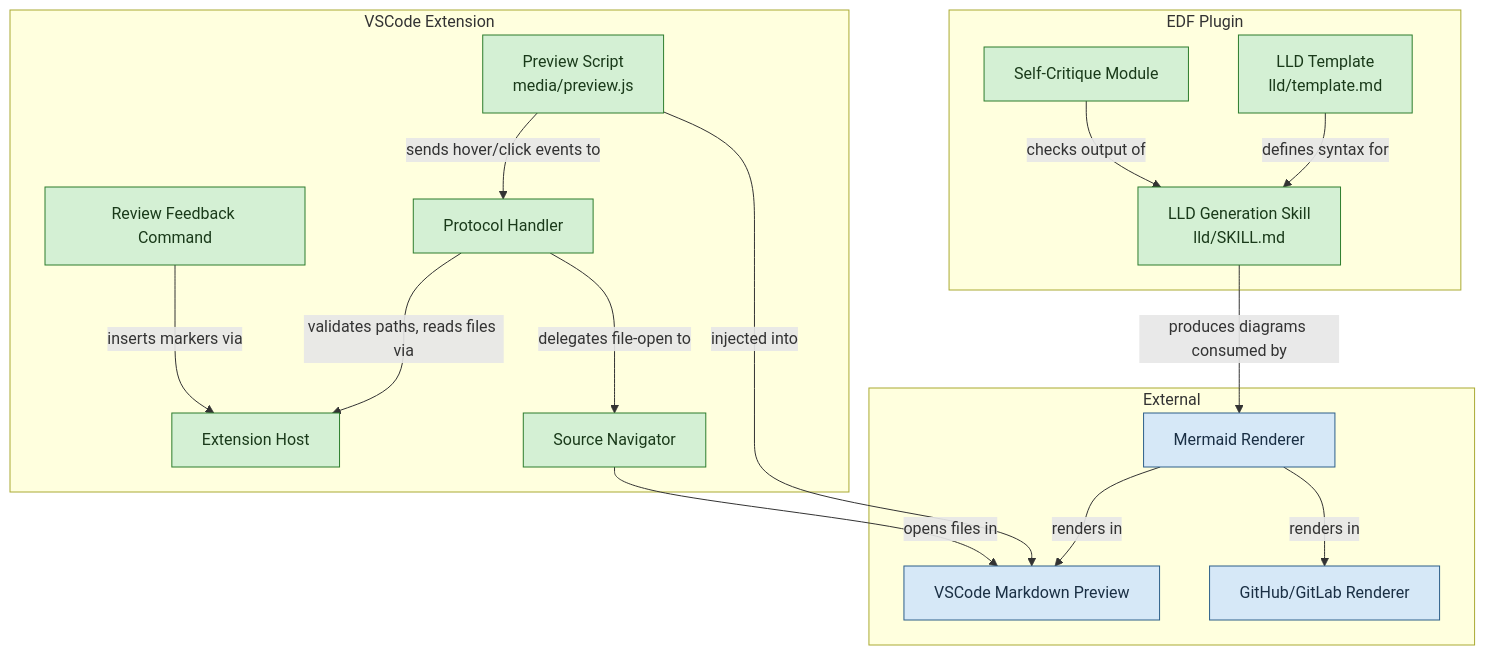
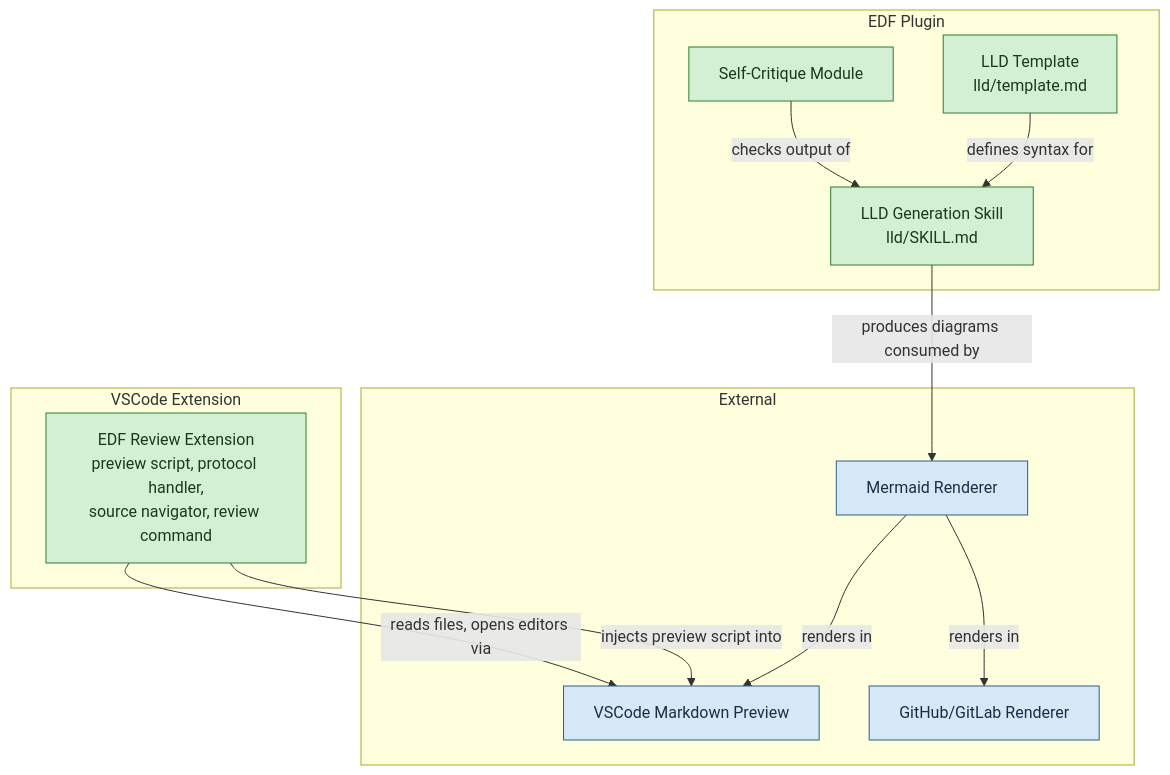
One commit to mironyx/engineering-delivery-framework changed the first of 7 diagrams in plugins/edf/docs/design/v1/v1-design.md. Above: the diagram before and after it, drawn with Mermaid. The commit also changed other lines of this file, not shown here.

Commit message:
docs: HLD v1 — review fixes (C1 premise, classDiagram, extension sub-nodes, C2.4 gaps, #LLD- flow)

````diff
--- a/plugins/edf/docs/design/v1/v1-design.md
+++ b/plugins/edf/docs/design/v1/v1-design.md
@@ -96,40 +100,32 @@
 ```mermaid
 graph TD
     subgraph "EDF Plugin"
         Template[LLD Template<br/>lld/template.md]
         Skill[LLD Generation Skill<br/>lld/SKILL.md]
         Critique[Self-Critique Module]
     end
 
     subgraph "VSCode Extension"
-        ExtHost[Extension Host]
-        PreviewScript[Preview Script<br/>media/preview.js]
-        ProtoHandler[Protocol Handler]
-        SrcNav[Source Navigator]
-        ReviewCmd[Review Feedback Command]
+        Extension[EDF Review Extension<br/>preview script, protocol handler,<br/>source navigator, review command]
     end
 
     subgraph "External"
         Mermaid[Mermaid Renderer]
         VSCodePreview[VSCode Markdown Preview]
         GitHubRenderer[GitHub/GitLab Renderer]
     end
 
     Template -->|defines syntax for| Skill
     Skill -->|produces diagrams consumed by| Mermaid
     Mermaid -->|renders in| VSCodePreview
     Mermaid -->|renders in| GitHubRenderer
-    PreviewScript -->|injected into| VSCodePreview
-    PreviewScript -->|sends hover/click events to| ProtoHandler
-    ProtoHandler -->|validates paths, reads files via| ExtHost
-    ProtoHandler -->|delegates file-open to| SrcNav
-    SrcNav -->|opens files in| VSCodePreview
-    ReviewCmd -->|inserts markers via| ExtHost
+    Extension -->|injects preview script into| VSCodePreview
+    Extension -->|reads files, opens editors via| VSCodePreview
     Critique -->|checks output of| Skill
 
     classDef new fill:#d4f0d4,stroke:#2d7d2d,color:#1a3a1a
     classDef external fill:#d6e8f7,stroke:#2d5f8a,color:#1a2f44
 
-    class Template,Skill,Critique,ExtHost,PreviewScript,ProtoHandler,SrcNav,ReviewCmd new
+    class Template,Skill,Critique,Extension new
     class Mermaid,VSCodePreview,GitHubRenderer external
 ```
````
